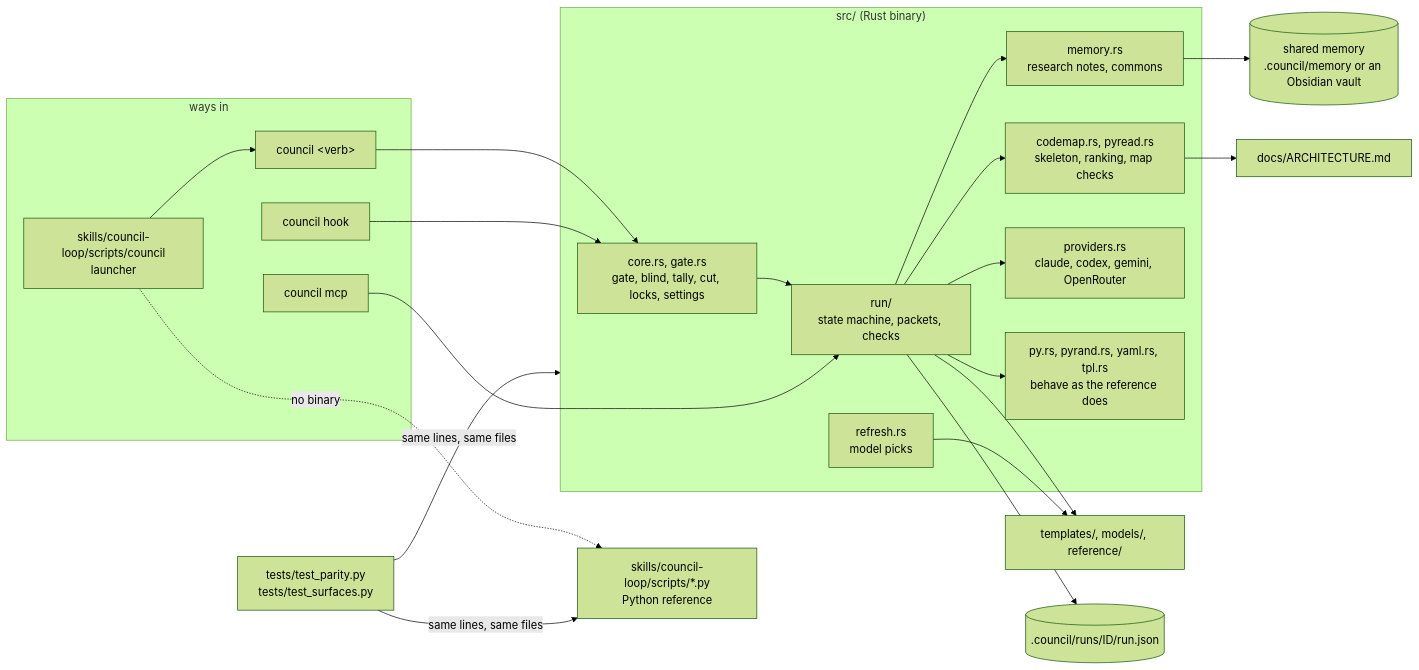
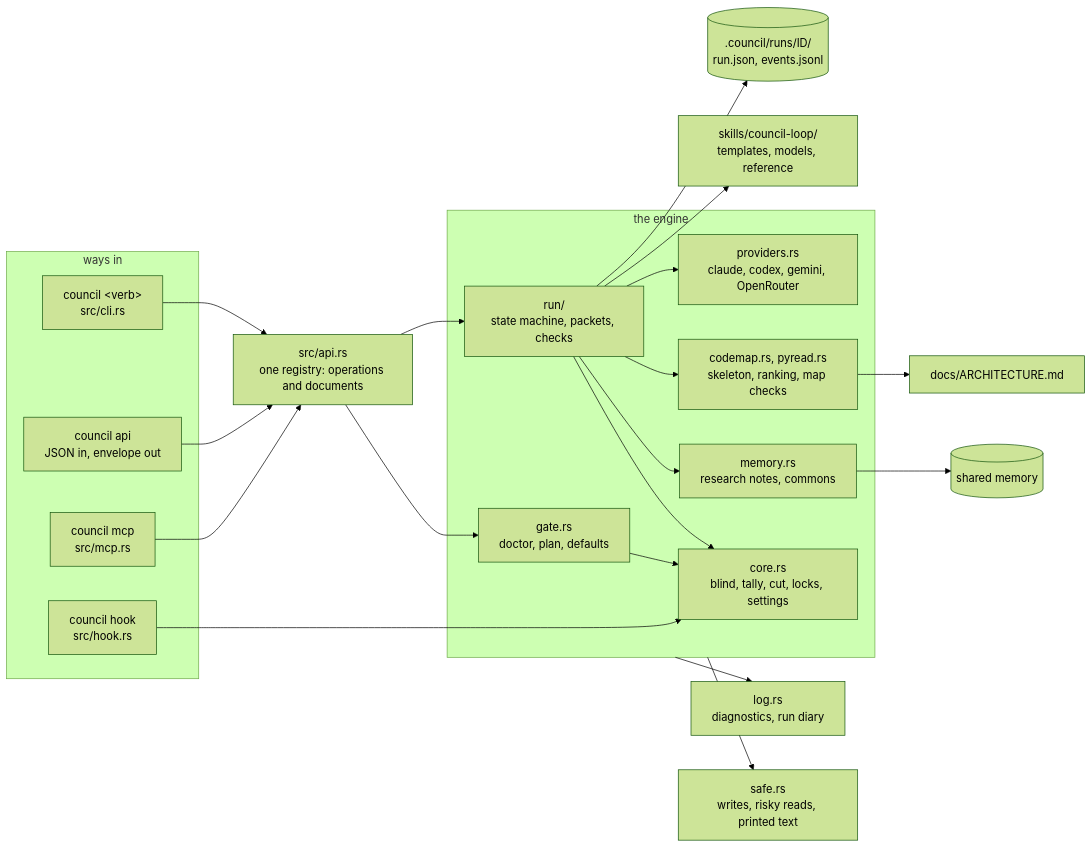
One commit to Set0ri/council-loop changed the diagram in docs/ARCHITECTURE.md. Above: the diagram before and after it, drawn with Mermaid (forest theme). The commit also changed other lines of this file and 135 other files, not shown here.

Commit message:
feat: update council-loop to v0.5.0 (pure Rust API/MCP/CLI, security review, and Windows MSVC fixes)

````diff
--- a/docs/ARCHITECTURE.md
+++ b/docs/ARCHITECTURE.md
@@ -19,38 +19,37 @@
 ```mermaid
 flowchart LR
-  subgraph entry["ways in"]
-    L["skills/council-loop/scripts/council<br/>launcher"]
-    CLI["council &lt;verb&gt;"]
-    MCP["council mcp"]
-    HOOK["council hook"]
+  subgraph doors["ways in"]
+    CLI["council &lt;verb&gt;<br/>src/cli.rs"]
+    APIC["council api<br/>JSON in, envelope out"]
+    MCP["council mcp<br/>src/mcp.rs"]
+    HOOK["council hook<br/>src/hook.rs"]
   end
-  subgraph rust["src/ (Rust binary)"]
-    CORE["core.rs, gate.rs<br/>gate, blind, tally, cut, locks, settings"]
+  API["src/api.rs<br/>one registry: operations and documents"]
+  subgraph engine["the engine"]
+    GATE["gate.rs<br/>doctor, plan, defaults"]
     RUN["run/<br/>state machine, packets, checks"]
+    CORE["core.rs<br/>blind, tally, cut, locks, settings"]
     MEM["memory.rs<br/>research notes, commons"]
     MAP["codemap.rs, pyread.rs<br/>skeleton, ranking, map checks"]
     PROV["providers.rs<br/>claude, codex, gemini, OpenRouter"]
-    REF["refresh.rs<br/>model picks"]
-    COMPAT["py.rs, pyrand.rs, yaml.rs, tpl.rs<br/>behave as the reference does"]
   end
-  PY["skills/council-loop/scripts/*.py<br/>Python reference"]
-  T["templates/, models/, reference/"]
-  D[(".council/runs/ID/run.json")]
-  S[("shared memory<br/>.council/memory or an Obsidian vault")]
+  SAFE["safe.rs<br/>writes, risky reads, printed text"]
+  LOG["log.rs<br/>diagnostics, run diary"]
+  T["skills/council-loop/<br/>templates, models, reference"]
+  D[(".council/runs/ID/<br/>run.json, events.jsonl")]
+  S[("shared memory")]
   A["docs/ARCHITECTURE.md"]
-  P["tests/test_parity.py<br/>tests/test_surfaces.py"]
-  L --> CLI
-  L -. "no binary" .-> PY
-  CLI --> CORE --> RUN
-  MCP --> RUN
+  CLI --> API
+  APIC --> API
+  MCP --> API
   HOOK --> CORE
+  API --> GATE --> CORE
+  API --> RUN --> CORE
   RUN --> MEM --> S
   RUN --> MAP --> A
   RUN --> PROV
   RUN --> T
   RUN --> D
-  REF --> T
-  RUN --> COMPAT
-  P -- "same lines, same files" --> rust
-  P -- "same lines, same files" --> PY
+  engine --> SAFE
+  engine --> LOG
 ```
````
